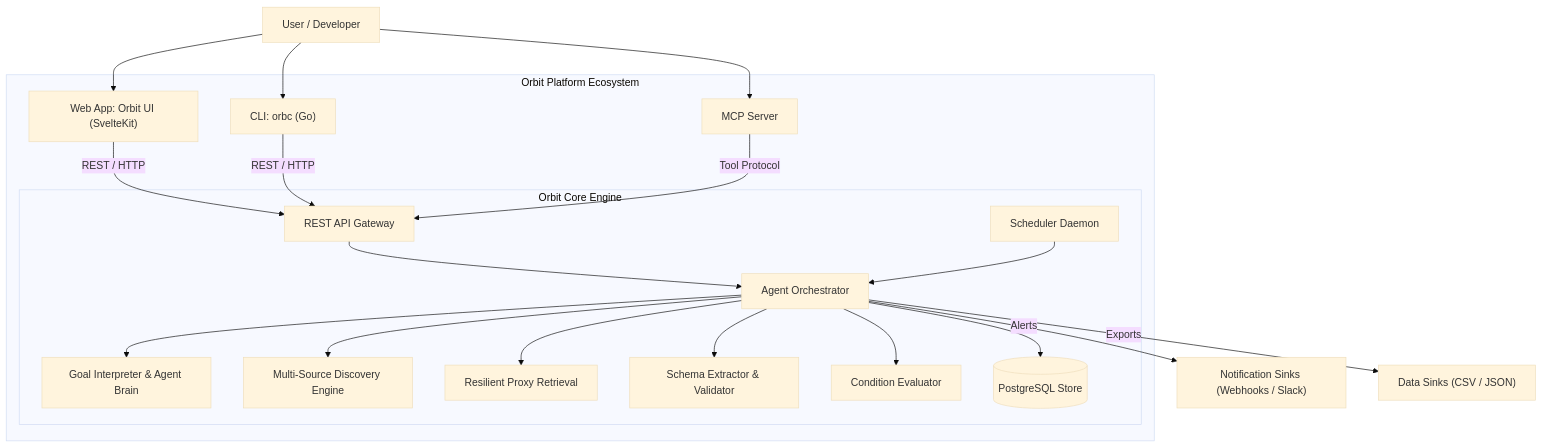
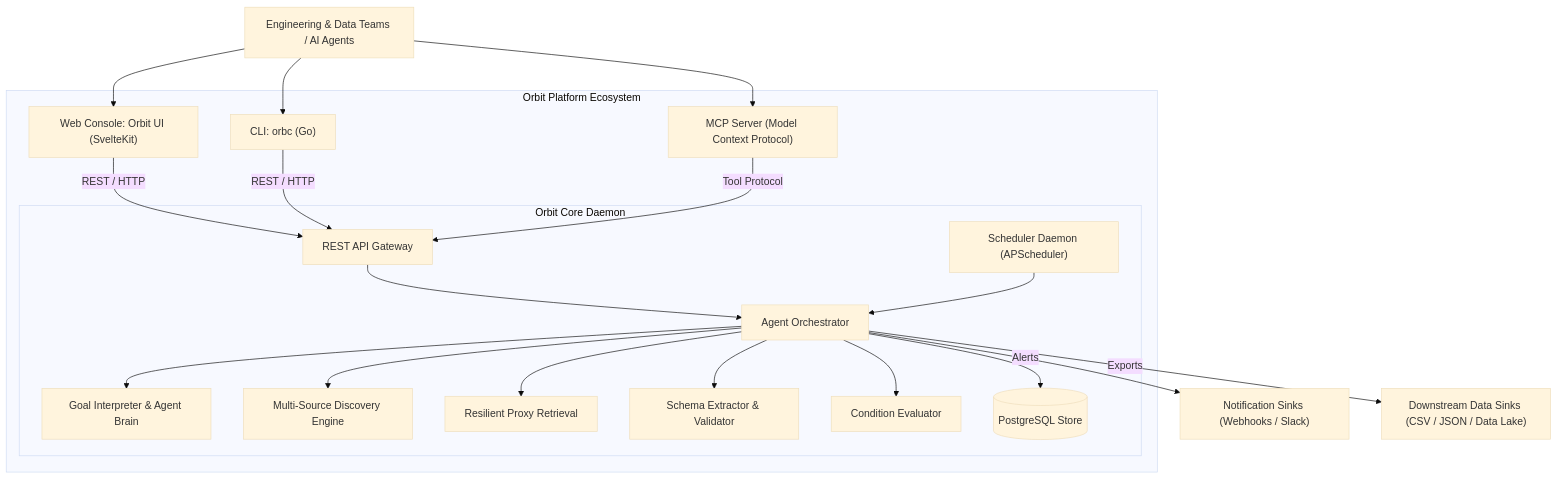
Before and after one commit to leoemaxie/orbit: the diagram in README.md, drawn with Mermaid (base theme). The commit also changed other lines of this file and 4 other files, not shown here.

````diff
--- a/README.md
+++ b/README.md
@@ -34,26 +35,26 @@
 ```mermaid
 flowchart TD
-    User["User / Developer"] --> Web["Web App: Orbit UI (SvelteKit)"]
+    User["Engineering & Data Teams / AI Agents"] --> Web["Web Console: Orbit UI (SvelteKit)"]
     User --> CLI["CLI: orbc (Go)"]
-    User --> MCP["MCP Server"]
+    User --> MCP["MCP Server (Model Context Protocol)"]
 
     subgraph Ecosystem ["Orbit Platform Ecosystem"]
         Web -->|REST / HTTP| API["REST API Gateway"]
         CLI -->|REST / HTTP| API
         MCP -->|Tool Protocol| API
         
-        subgraph Engine ["Orbit Core Engine"]
+        subgraph Engine ["Orbit Core Daemon"]
             API --> Orchestrator["Agent Orchestrator"]
-            Scheduler["Scheduler Daemon"] --> Orchestrator
+            Scheduler["Scheduler Daemon (APScheduler)"] --> Orchestrator
             Orchestrator --> LLM["Goal Interpreter & Agent Brain"]
             Orchestrator --> Discovery["Multi-Source Discovery Engine"]
             Orchestrator --> Retrieval["Resilient Proxy Retrieval"]
             Orchestrator --> Extraction["Schema Extractor & Validator"]
             Orchestrator --> Condition["Condition Evaluator"]
             Orchestrator --> DB[("PostgreSQL Store")]
         end
     end
 
     Orchestrator -->|Alerts| Sinks["Notification Sinks (Webhooks / Slack)"]
-    Orchestrator -->|Exports| DataStore["Data Sinks (CSV / JSON)"]
+    Orchestrator -->|Exports| DataStore["Downstream Data Sinks (CSV / JSON / Data Lake)"]
 ```
````
